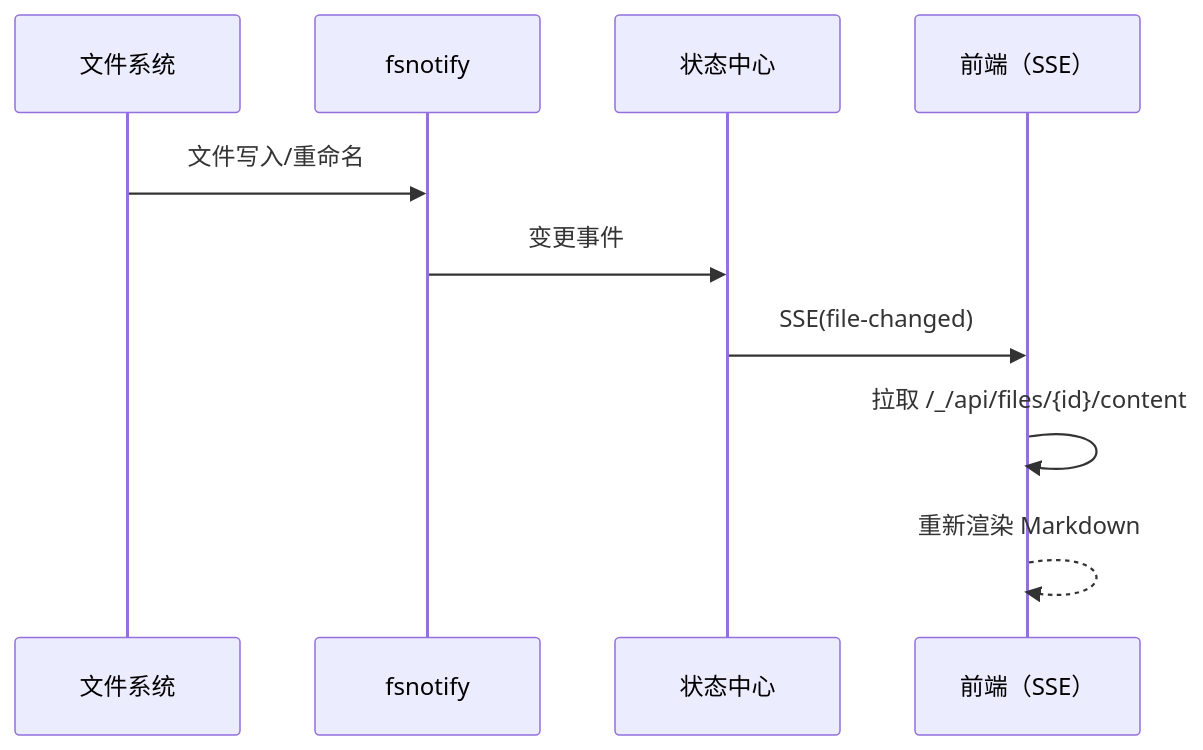
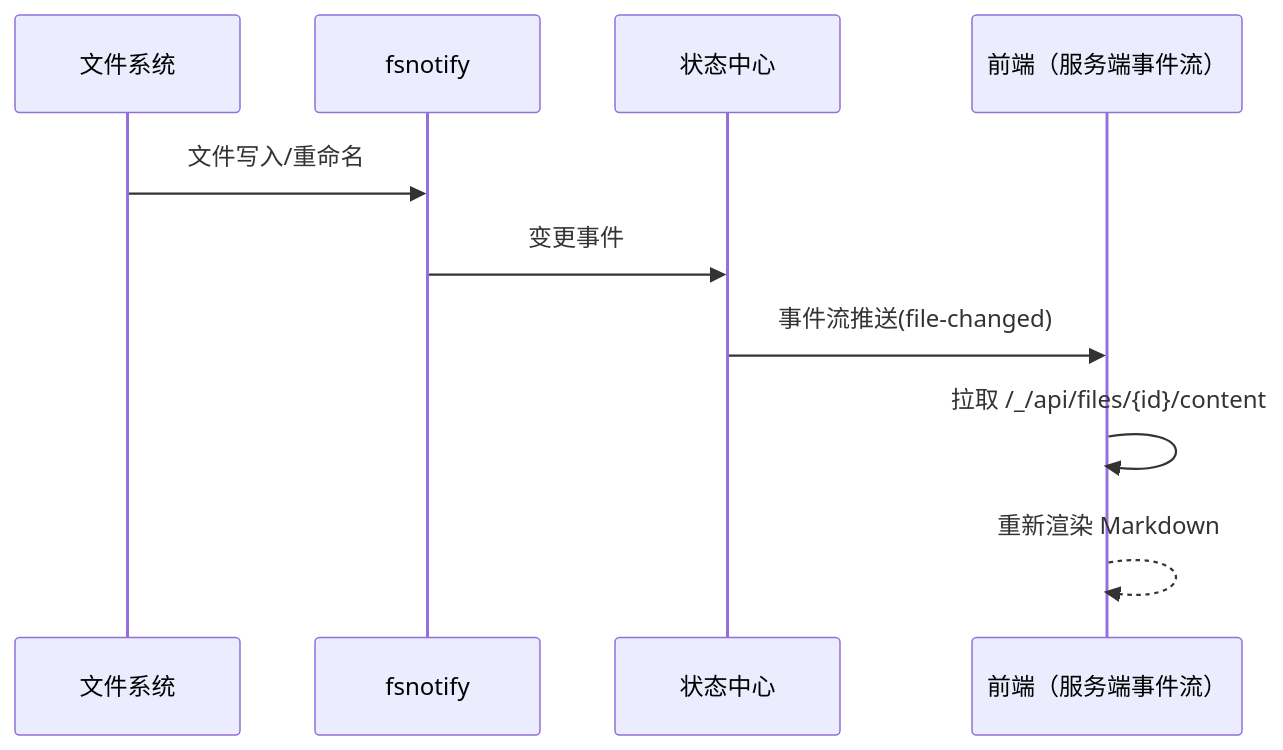
One commit to kooksee/markview changed the third of 3 diagrams in docs/architecture.md. Above: the diagram before and after it, drawn with Mermaid. The commit also changed other lines of this file and 3 other files, not shown here.

````diff
--- a/docs/architecture.md
+++ b/docs/architecture.md
@@ -66,13 +66,13 @@
 ```mermaid
 sequenceDiagram
     participant FS as 文件系统
     participant W as fsnotify
     participant ST as 状态中心
-    participant FE as 前端（SSE）
+    participant FE as 前端（服务端事件流）
 
     FS->>W: 文件写入/重命名
     W->>ST: 变更事件
-    ST->>FE: SSE(file-changed)
+    ST->>FE: 事件流推送(file-changed)
     FE->>FE: 拉取 /_/api/files/{id}/content
     FE-->>FE: 重新渲染 Markdown
 ```
````
